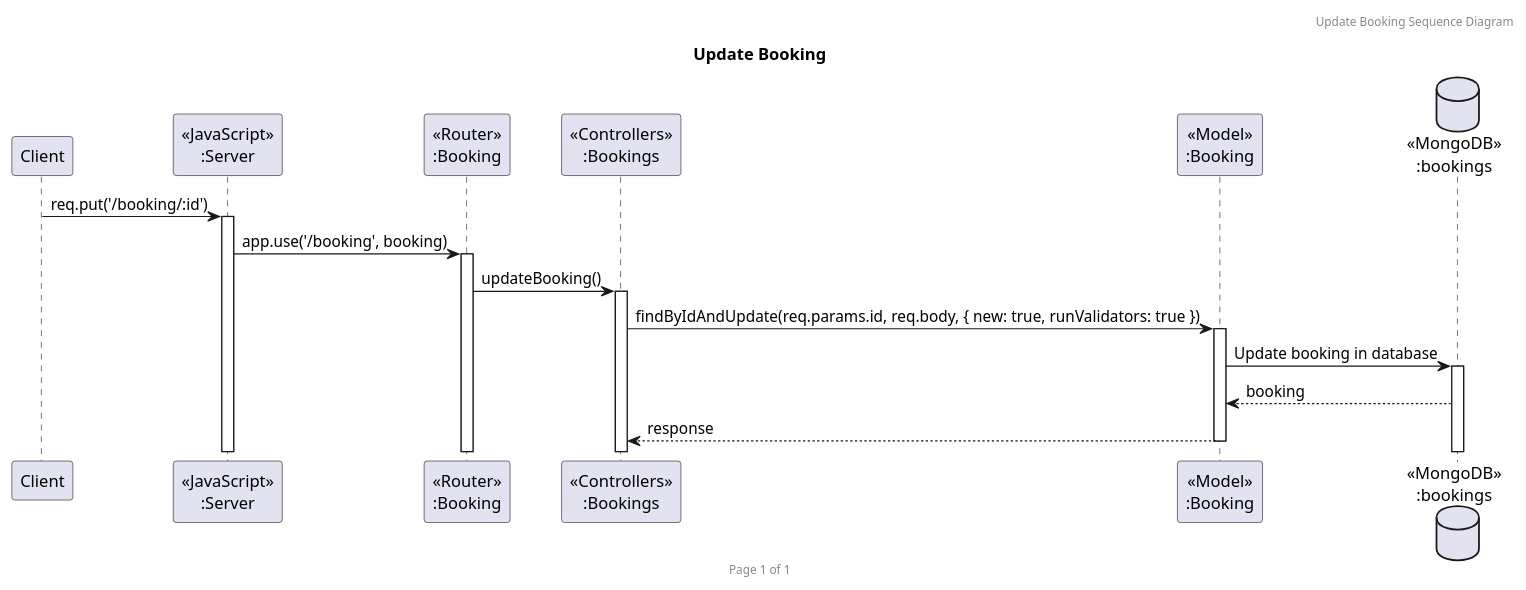
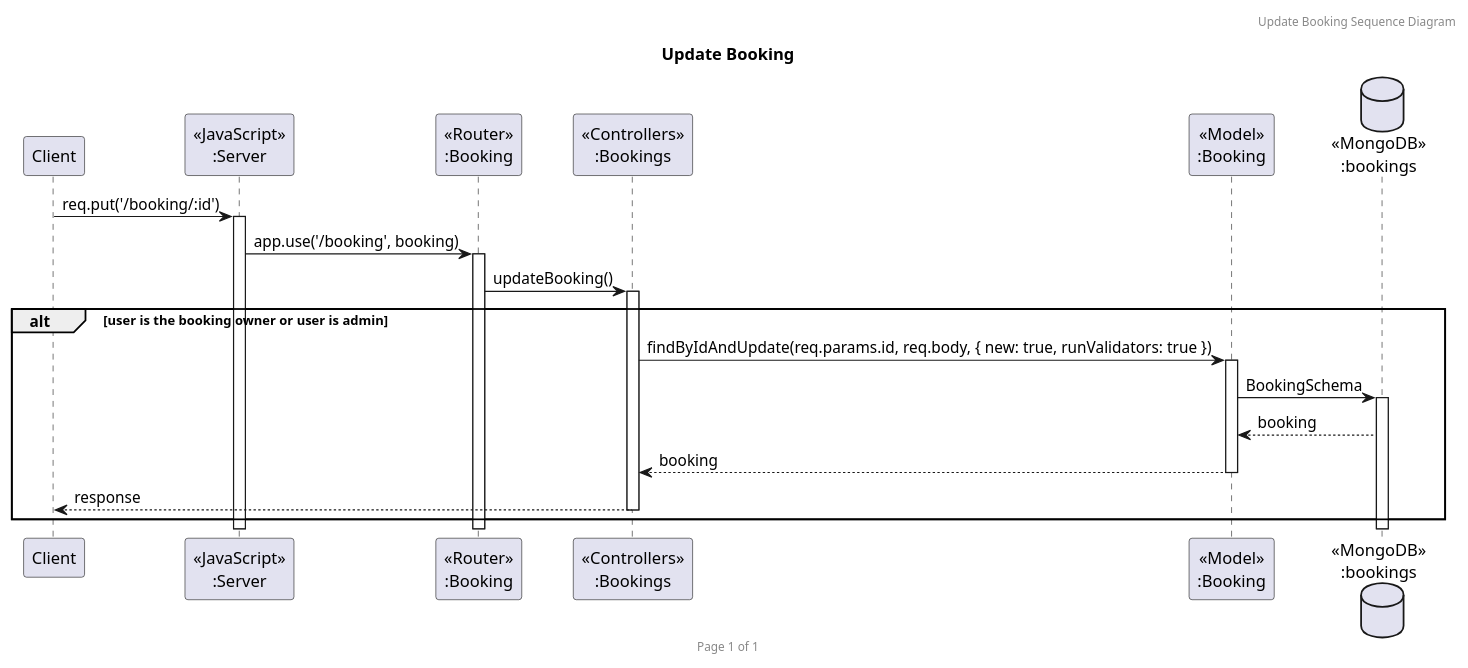
The diagram in diagram/sequence/booking/updateBooking.puml (2110503TACEDT66/presentation-day-1-laeo-tae-loei), drawn with PlantUML before and after one commit. The commit also changed 3 other files, not shown here.

Commit message:
booking sequence diagram

```diff
--- a/diagram/sequence/booking/updateBooking.puml
+++ b/diagram/sequence/booking/updateBooking.puml
@@ -1,22 +1,24 @@
 @startuml Update Booking
 
 header Update Booking Sequence Diagram
 footer Page %page% of %lastpage%
 title "Update Booking"
 
 participant "Client" as client
 participant "<<JavaScript>>\n:Server" as server
 participant "<<Router>>\n:Booking" as routerBookings
 participant "<<Controllers>>\n:Bookings" as controllersBookings
 participant "<<Model>>\n:Booking" as modelBooking
 database "<<MongoDB>>\n:bookings" as BookingsDatabase
 
 client -> server ++:req.put('/booking/:id')
 server -> routerBookings ++:app.use('/booking', booking)
 routerBookings -> controllersBookings ++:updateBooking()
-controllersBookings -> modelBooking ++:findByIdAndUpdate(req.params.id, req.body, { new: true, runValidators: true })
-modelBooking -> BookingsDatabase ++: Update booking in database
-BookingsDatabase --> modelBooking: booking
-controllersBookings <-- modelBooking --: response
-
+alt user is the booking owner or user is admin
+    controllersBookings -> modelBooking ++:findByIdAndUpdate(req.params.id, req.body, { new: true, runValidators: true })
+    modelBooking -> BookingsDatabase ++: BookingSchema
+    BookingsDatabase --> modelBooking: booking
+    controllersBookings <-- modelBooking --: booking
+    controllersBookings --> client --: response
+end
 @enduml
```
